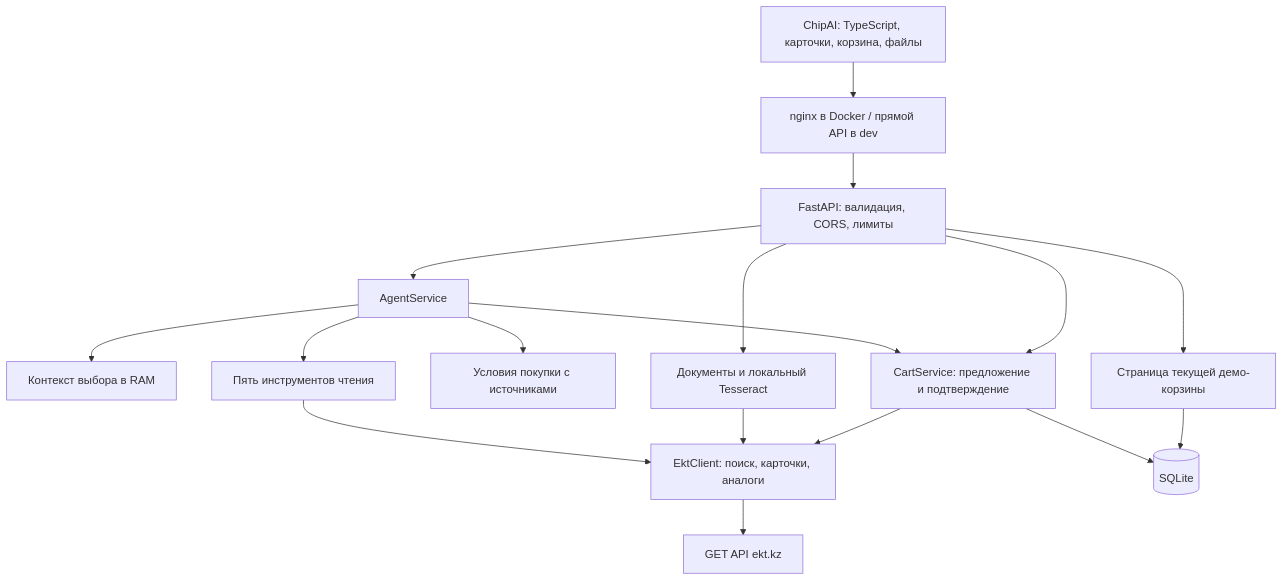
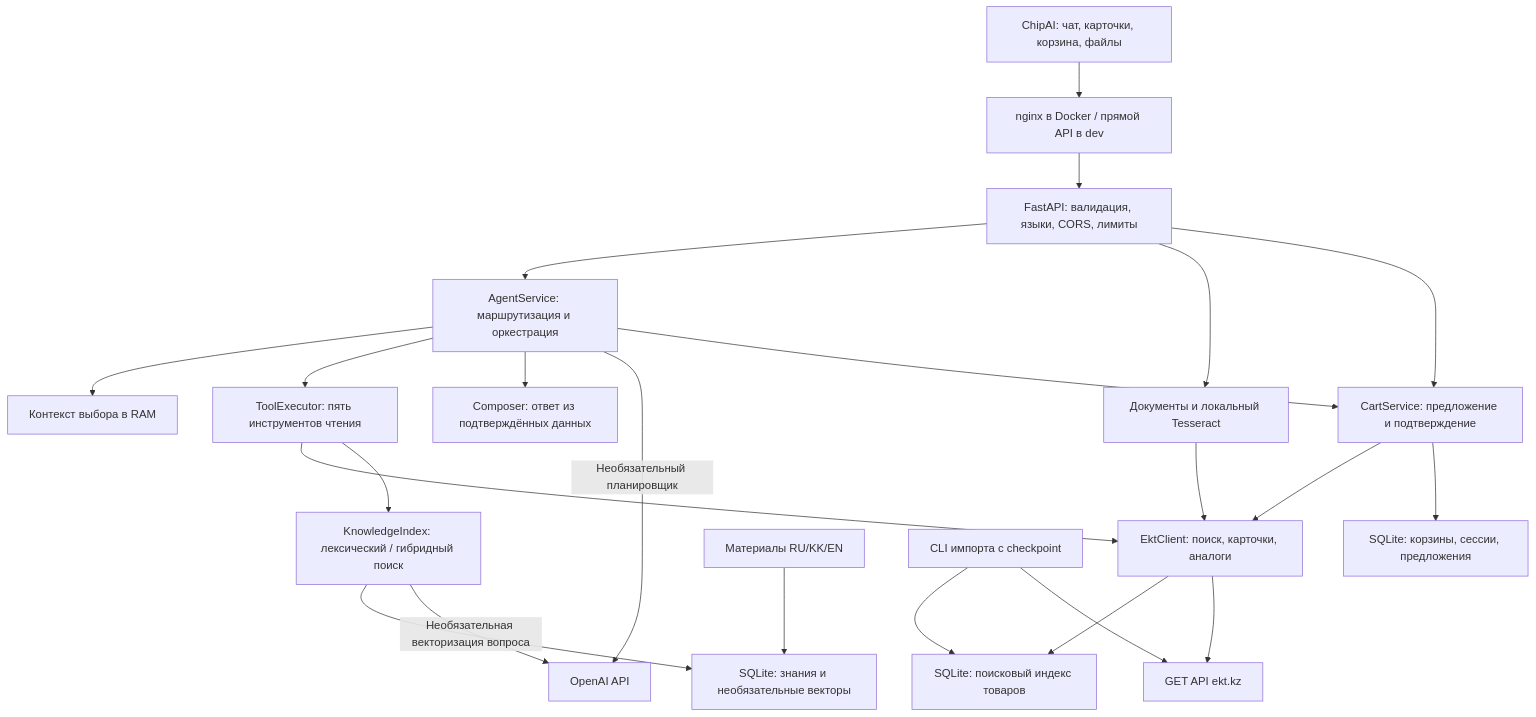
Before and after one commit to BAITC-Hacks/hack-80299a21-nexis: the diagram in docs/architecture.md, drawn with Mermaid. The commit also changed other lines of this file and 46 other files, not shown here.

Commit message:
feat(backend): add multilingual grounded agent, persistent RAG and catalog index

```diff
--- a/docs/architecture.md
+++ b/docs/architecture.md
@@ -5,19 +5,25 @@
 ~~~mermaid
 flowchart TD
-    UI[ChipAI: TypeScript, карточки, корзина, файлы] --> Proxy[nginx в Docker / прямой API в dev]
-    Proxy --> API[FastAPI: валидация, CORS, лимиты]
-    API --> Agent[AgentService]
-    Agent --> Context[Контекст выбора в RAM]
-    Agent --> Tools[Пять инструментов чтения]
-    Tools --> Catalog[EktClient: поиск, карточки, аналоги]
-    Agent --> KB[Условия покупки с источниками]
-    Catalog --> EKT[GET API ekt.kz]
-    API --> Parser[Документы и локальный Tesseract]
+    UI["ChipAI: чат, карточки, корзина, файлы"] --> Proxy["nginx в Docker / прямой API в dev"]
+    Proxy --> API["FastAPI: валидация, языки, CORS, лимиты"]
+    API --> Agent["AgentService: маршрутизация и оркестрация"]
+    Agent --> Context["Контекст выбора в RAM"]
+    Agent --> Tools["ToolExecutor: пять инструментов чтения"]
+    Agent --> Composer["Composer: ответ из подтверждённых данных"]
+    Agent -->|"Необязательный планировщик"| LLM["OpenAI API"]
+    Tools --> Catalog["EktClient: поиск, карточки, аналоги"]
+    Tools --> KB["KnowledgeIndex: лексический / гибридный поиск"]
+    KB --> KnowledgeDB["SQLite: знания и необязательные векторы"]
+    Corpus["Материалы RU/KK/EN"] --> KnowledgeDB
+    KB -->|"Необязательная векторизация вопроса"| LLM
+    Catalog --> CatalogDB["SQLite: поисковый индекс товаров"]
+    Import["CLI импорта с checkpoint"] --> CatalogDB
+    Import --> EKT["GET API ekt.kz"]
+    Catalog --> EKT
+    API --> Parser["Документы и локальный Tesseract"]
     Parser --> Catalog
-    Agent --> Cart[CartService: предложение и подтверждение]
+    Agent --> Cart["CartService: предложение и подтверждение"]
     API --> Cart
     Cart --> Catalog
-    Cart --> DB[(SQLite)]
-    API --> View[Страница текущей демо-корзины]
-    View --> DB
+    Cart --> CartDB["SQLite: корзины, сессии, предложения"]
 ~~~
```
